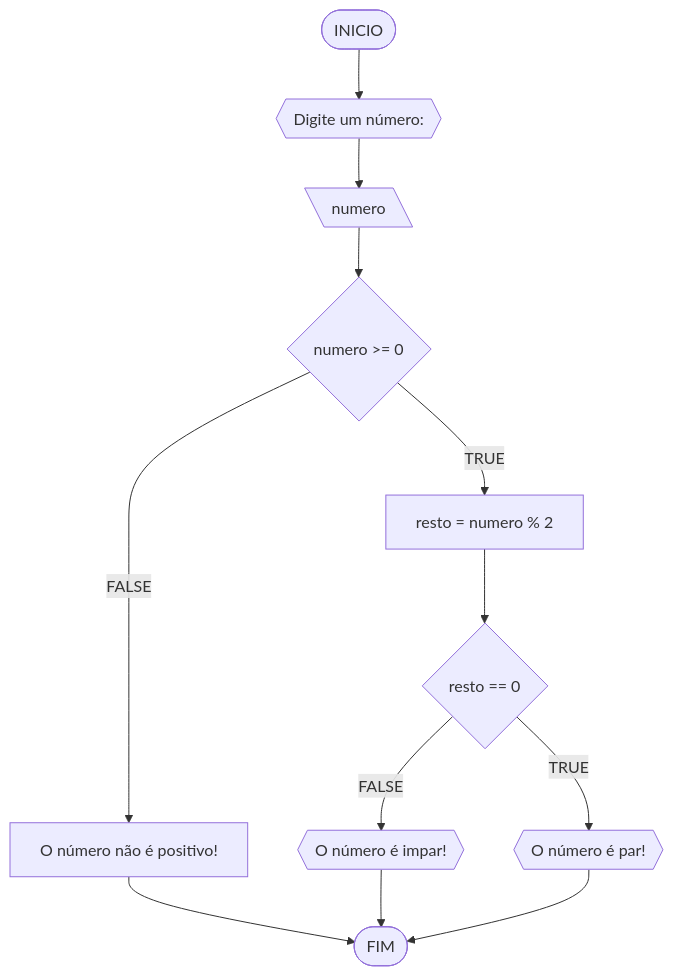
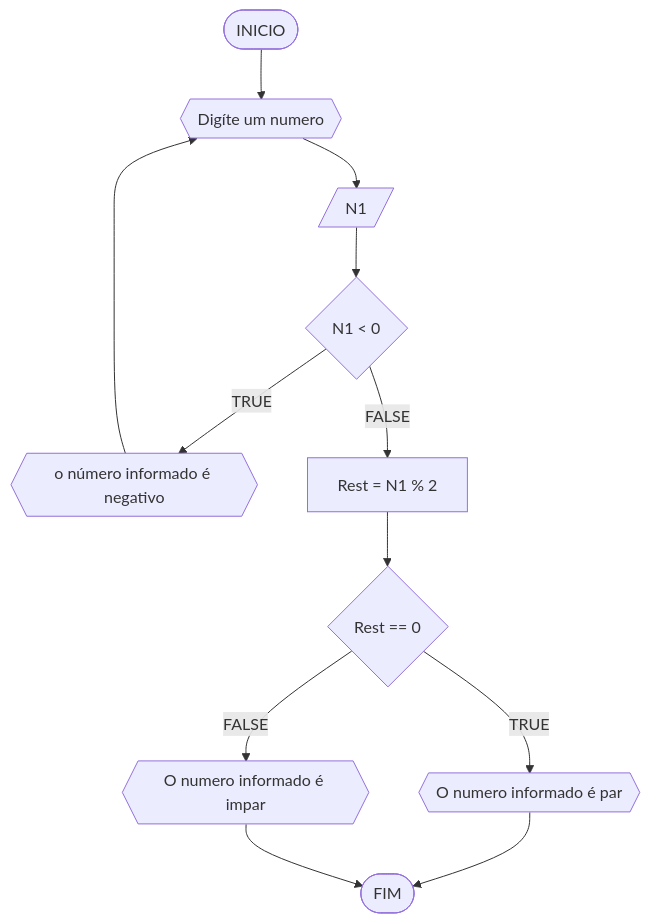
The first of 4 diagrams in RLA/Lista1.md (Px1906/unifor), drawn with Mermaid before and after one commit. The commit also changed other lines of this file, not shown here.

````diff
--- a/RLA/Lista1.md
+++ b/RLA/Lista1.md
@@ -12,14 +12,14 @@
 ```mermaid
 flowchart TD
-A([INICIO]) --> B{{Digite um número:}}
-B --> C[\numero\]
-C --> D{numero >= 0}
-D --FALSE--> E[O número não é positivo!]
-D --TRUE--> F[resto = numero % 2]
-E --> Z([FIM])
-F --> G{resto == 0}
-G --FALSE--> H{{O número é impar!}}
-G --TRUE--> I{{O número é par!}}
+A([INICIO]) --> B{{Digíte um numero}}
+B --> C[/N1/]
+C --> D{N1 < 0}
+D --TRUE-->E{{o número informado é negativo}}
+E -->B
+D --FALSE-->F[Rest = N1 % 2]
+F --> G{Rest == 0}
+G --FALSE--> H{{O numero informado é impar}}
+G --TRUE--> I{{O numero informado é par}}
+I --> Z([FIM])
 H --> Z
-I --> Z
 ```
````
